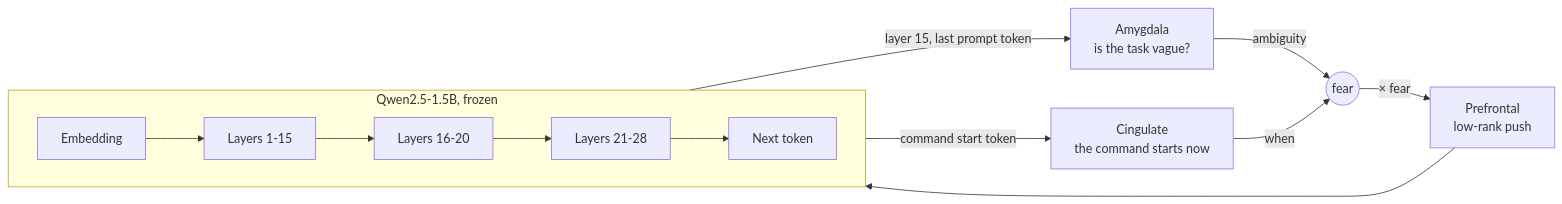
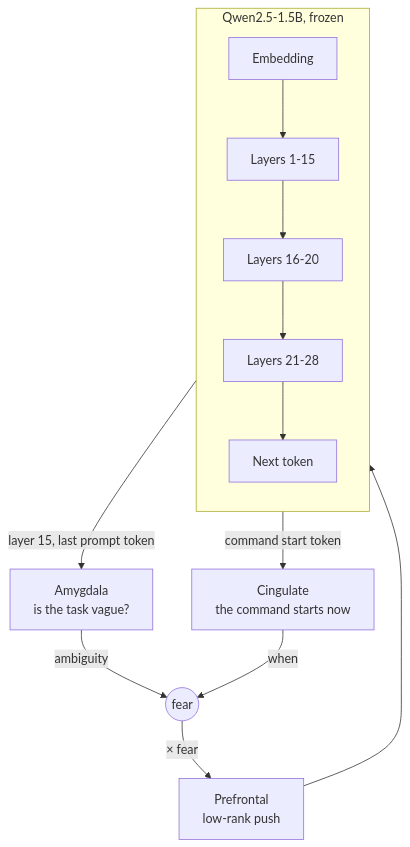
The diagram in README.md (cleversonledur/llm-amygdala), drawn with Mermaid before and after one commit. The commit also changed other lines of this file, not shown here.

Commit message:
Fix README rendering on GitHub: training formula, diagram width, and long command lines

````diff
--- a/README.md
+++ b/README.md
@@ -64,13 +64,13 @@
 ```mermaid
-flowchart LR
+flowchart TB
     subgraph model["Qwen2.5-1.5B, frozen"]
-        direction LR
+        direction TB
         E["Embedding"] --> L1["Layers 1-15"] --> L2["Layers 16-20"] --> L3["Layers 21-28"] --> O["Next token"]
     end
     L1 -->|"layer 15, last prompt token"| A["Amygdala<br/>is the task vague?"]
     L1 -->|"command start token"| C["Cingulate<br/>the command starts now"]
     A -->|"ambiguity"| F(("fear"))
     C -->|"when"| F
     F -->|"× fear"| P["Prefrontal<br/>low-rank push"]
     P --> L2
 ```
````
